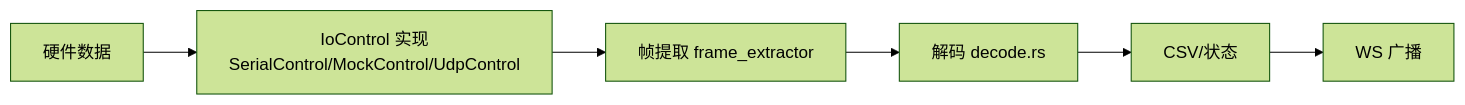
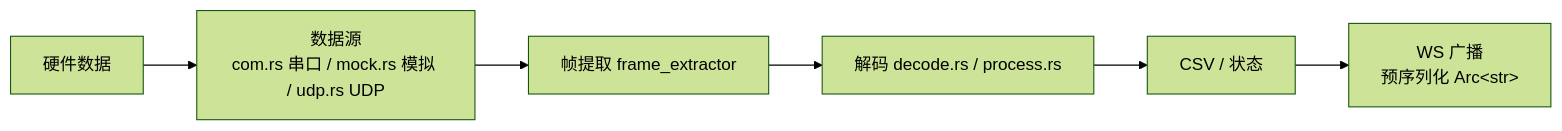
Before and after one commit to 3123958139/RustWeb-Vue: the third of 3 diagrams in docs/tutorial/08-扩展与二次开发.md, drawn with Mermaid (forest theme). The commit also changed other lines of this file and 8 other files, not shown here.

````diff
--- a/docs/tutorial/08-扩展与二次开发.md
+++ b/docs/tutorial/08-扩展与二次开发.md
@@ -283,8 +831,8 @@
 ```mermaid
 flowchart LR
-    A[硬件数据] --> B[IoControl 实现<br/>SerialControl/MockControl/UdpControl]
+    A[硬件数据] --> B[数据源<br/>com.rs 串口 / mock.rs 模拟 / udp.rs UDP]
     B --> C[帧提取 frame_extractor]
-    C --> D[解码 decode.rs]
-    D --> E[CSV/状态]
-    E --> F[WS 广播]
+    C --> D[解码 decode.rs / process.rs]
+    D --> E[CSV / 状态]
+    E --> F[WS 广播<br/>预序列化 Arc&lt;str&gt;]
 ```
````
